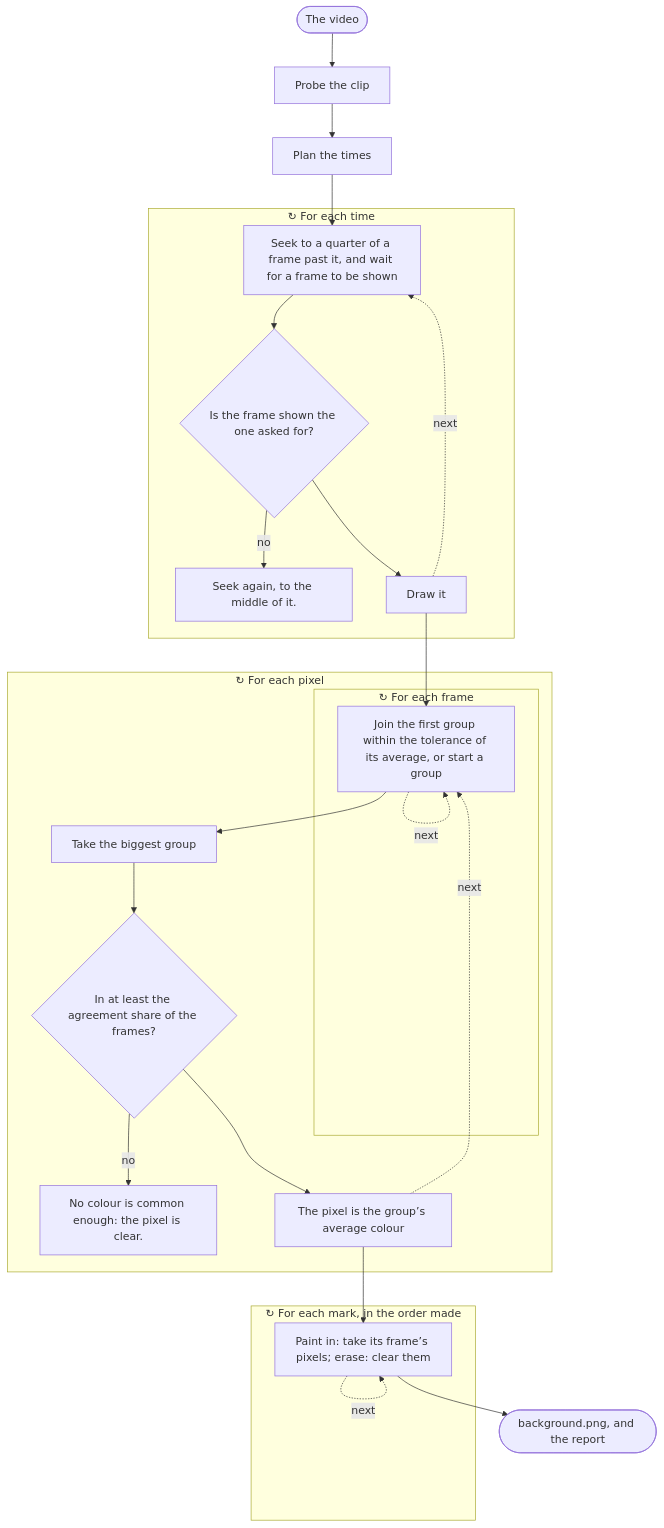
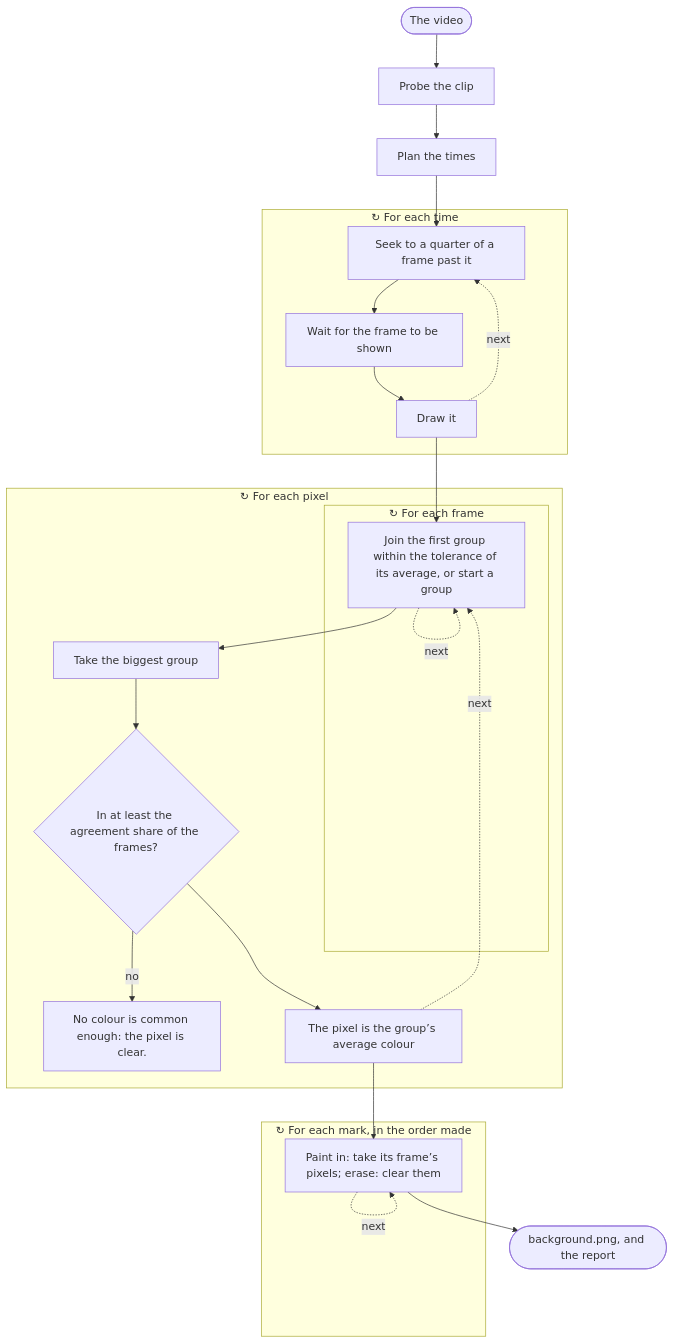
Before and after one commit to MabzGamesStudio/VibeToon: the seventh of 30 diagrams in docs/ALGORITHMS.md, drawn with Mermaid. The commit also changed other lines of this file and 5 other files, not shown here.

````diff
--- a/docs/ALGORITHMS.md
+++ b/docs/ALGORITHMS.md
@@ -758,42 +758,40 @@
 ```mermaid
 flowchart TD
   s1(["The video"])
   s2["Probe the clip"]
   s1 --> s2
   s3["Plan the times"]
   s2 --> s3
   subgraph s4["↻ For each time"]
-    s5["Seek to a quarter of a frame past it, and wait for a frame to be shown"]
-    s6{"Is the frame shown the one asked for?"}
-    s7["Seek again, to the middle of it."]
-    s6 -- no --> s7
+    s5["Seek to a quarter of a frame past it"]
+    s6["Wait for the frame to be shown"]
     s5 --> s6
-    s8["Draw it"]
-    s6 --> s8
+    s7["Draw it"]
+    s6 --> s7
   end
-  s8 -. next .-> s5
+  s7 -. next .-> s5
   s3 --> s5
-  subgraph s9["↻ For each pixel"]
-    subgraph s10["↻ For each frame"]
-      s11["Join the first group within the tolerance of its average, or start a group"]
+  subgraph s8["↻ For each pixel"]
+    subgraph s9["↻ For each frame"]
+      s10["Join the first group within the tolerance of its average, or start a group"]
     end
-    s11 -. next .-> s11
-    s12["Take the biggest group"]
+    s10 -. next .-> s10
+    s11["Take the biggest group"]
+    s10 --> s11
+    s12{"In at least the agreement share of the frames?"}
+    s13["No colour is common enough: the pixel is clear."]
+    s12 -- no --> s13
     s11 --> s12
-    s13{"In at least the agreement share of the frames?"}
-    s14["No colour is common enough: the pixel is clear."]
-    s13 -- no --> s14
-    s12 --> s13
-    s15["The pixel is the group’s average colour"]
-    s13 --> s15
+    s14["The pixel is the group’s average colour"]
+    s12 --> s14
   end
-  s15 -. next .-> s11
-  s8 --> s11
-  subgraph s16["↻ For each mark, in the order made"]
-    s17["Paint in: take its frame’s pixels; erase: clear them"]
+  s14 -. next .-> s10
+  s7 --> s10
+  subgraph s15["↻ For each mark, in the order made"]
+    s16["Paint in: take its frame’s pixels; erase: clear them"]
   end
-  s17 -. next .-> s17
-  s15 --> s17
-  s18(["background.png, and the report"])
-  s17 --> s18
+  s16 -. next .-> s16
+  s14 --> s16
+  s17(["background.png, and the report"])
+  s16 --> s17
 ```
````
